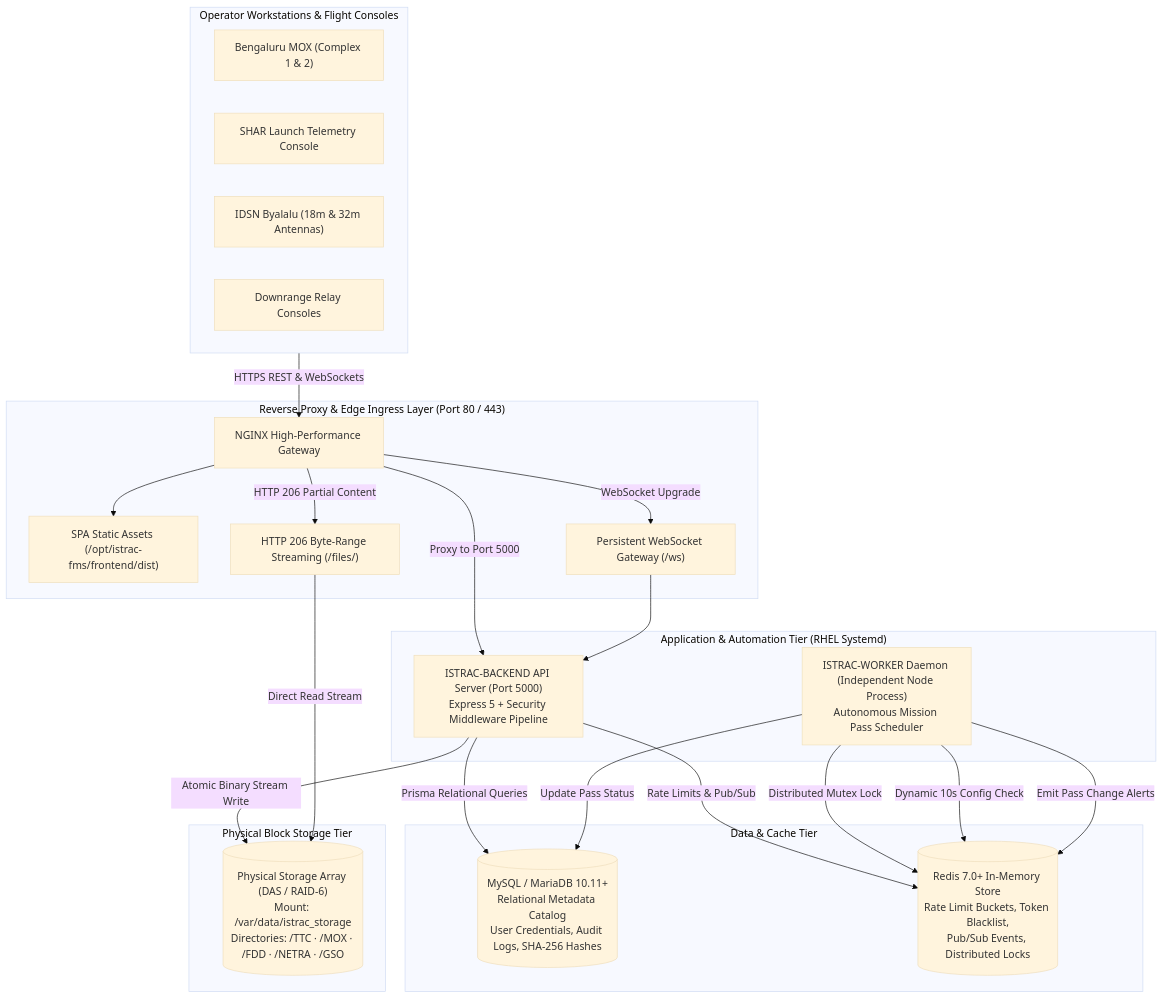
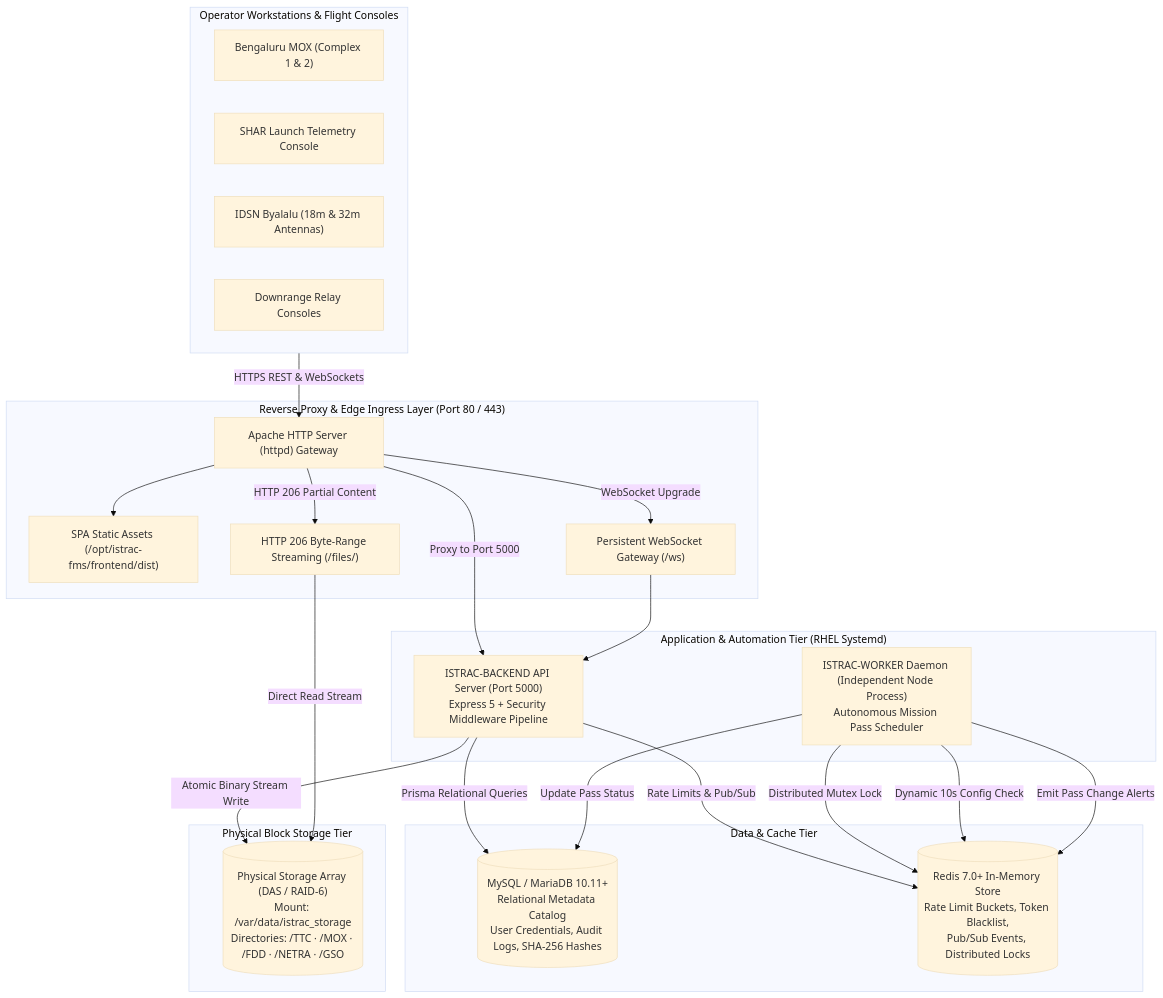
Before and after one commit to akash-vishwakarma-akashaveda/istrac-fms: the first of 7 diagrams in documents/CLIENT_SYSTEM_AND_OPERATIONAL_HANDBOOK.md, drawn with Mermaid (base theme). The commit also changed other lines of this file and 28 other files, not shown here.

````diff
--- a/documents/CLIENT_SYSTEM_AND_OPERATIONAL_HANDBOOK.md
+++ b/documents/CLIENT_SYSTEM_AND_OPERATIONAL_HANDBOOK.md
@@ -126,47 +126,47 @@
 ```mermaid
 flowchart TD
     subgraph Clients["Operator Workstations & Flight Consoles"]
         OP1["Bengaluru MOX (Complex 1 & 2)"]
         OP2["SHAR Launch Telemetry Console"]
         OP3["IDSN Byalalu (18m & 32m Antennas)"]
         OP4["Downrange Relay Consoles"]
     end
 
     subgraph Gateway["Reverse Proxy & Edge Ingress Layer (Port 80 / 443)"]
-        NGINX["NGINX High-Performance Gateway"]
+        APACHE["Apache HTTP Server (httpd) Gateway"]
         STATIC["SPA Static Assets (/opt/istrac-fms/frontend/dist)"]
         STREAM["HTTP 206 Byte-Range Streaming (/files/)"]
         WS_PROXY["Persistent WebSocket Gateway (/ws)"]
     end
 
     subgraph AppServer["Application & Automation Tier (RHEL Systemd)"]
         API["ISTRAC-BACKEND API Server (Port 5000)\nExpress 5 + Security Middleware Pipeline"]
         WORKER["ISTRAC-WORKER Daemon (Independent Node Process)\nAutonomous Mission Pass Scheduler"]
     end
 
     subgraph DataTier["Data & Cache Tier"]
         MYSQL[("MySQL / MariaDB 10.11+\nRelational Metadata Catalog\nUser Credentials, Audit Logs, SHA-256 Hashes")]
         REDIS[("Redis 7.0+ In-Memory Store\nRate Limit Buckets, Token Blacklist,\nPub/Sub Events, Distributed Locks")]
     end
 
     subgraph StorageTier["Physical Block Storage Tier"]
         STORAGE[("Physical Storage Array (DAS / RAID-6)\nMount: /var/data/istrac_storage\nDirectories: /TTC · /MOX · /FDD · /NETRA · /GSO")]
     end
 
-    Clients -->|"HTTPS REST & WebSockets"| NGINX
-    NGINX --> STATIC
-    NGINX -->|"HTTP 206 Partial Content"| STREAM
-    NGINX -->|"Proxy to Port 5000"| API
-    NGINX -->|"WebSocket Upgrade"| WS_PROXY
+    Clients -->|"HTTPS REST & WebSockets"| APACHE
+    APACHE --> STATIC
+    APACHE -->|"HTTP 206 Partial Content"| STREAM
+    APACHE -->|"Proxy to Port 5000"| API
+    APACHE -->|"WebSocket Upgrade"| WS_PROXY
     WS_PROXY --> API
 
     API -->|"Prisma Relational Queries"| MYSQL
     API -->|"Rate Limits & Pub/Sub"| REDIS
     API -->|"Atomic Binary Stream Write"| STORAGE
     STREAM -->|"Direct Read Stream"| STORAGE
 
     WORKER -->|"Distributed Mutex Lock"| REDIS
     WORKER -->|"Dynamic 10s Config Check"| REDIS
     WORKER -->|"Update Pass Status"| MYSQL
     WORKER -->|"Emit Pass Change Alerts"| REDIS
 ```
````
